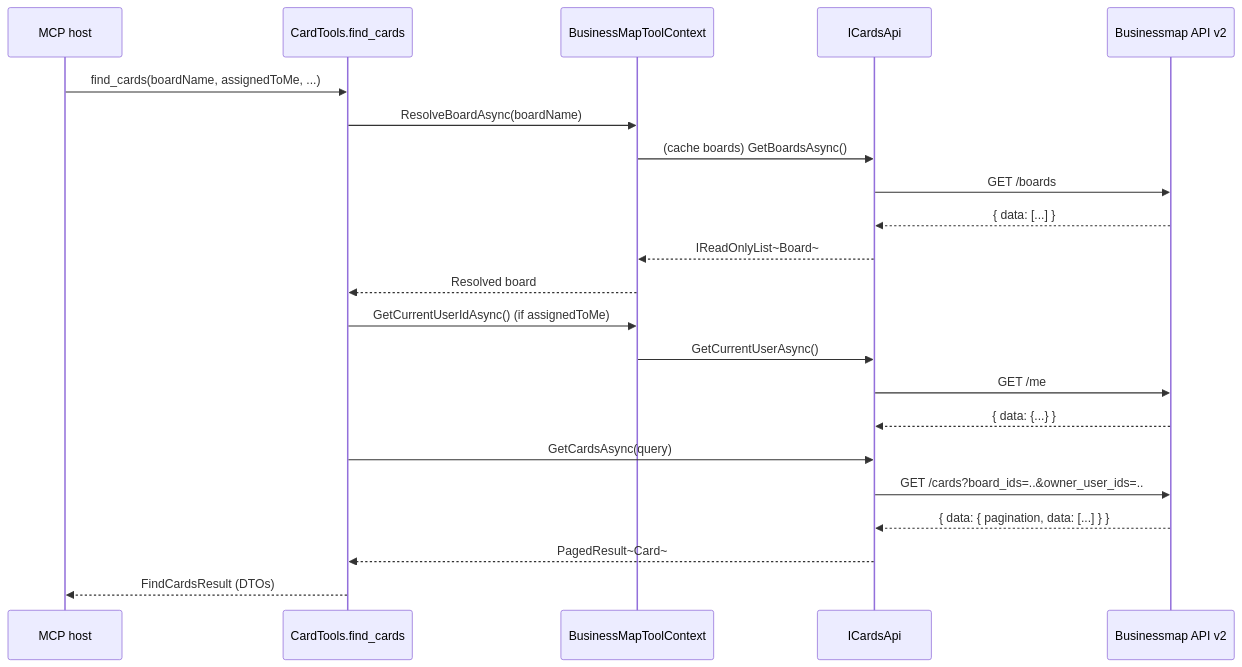
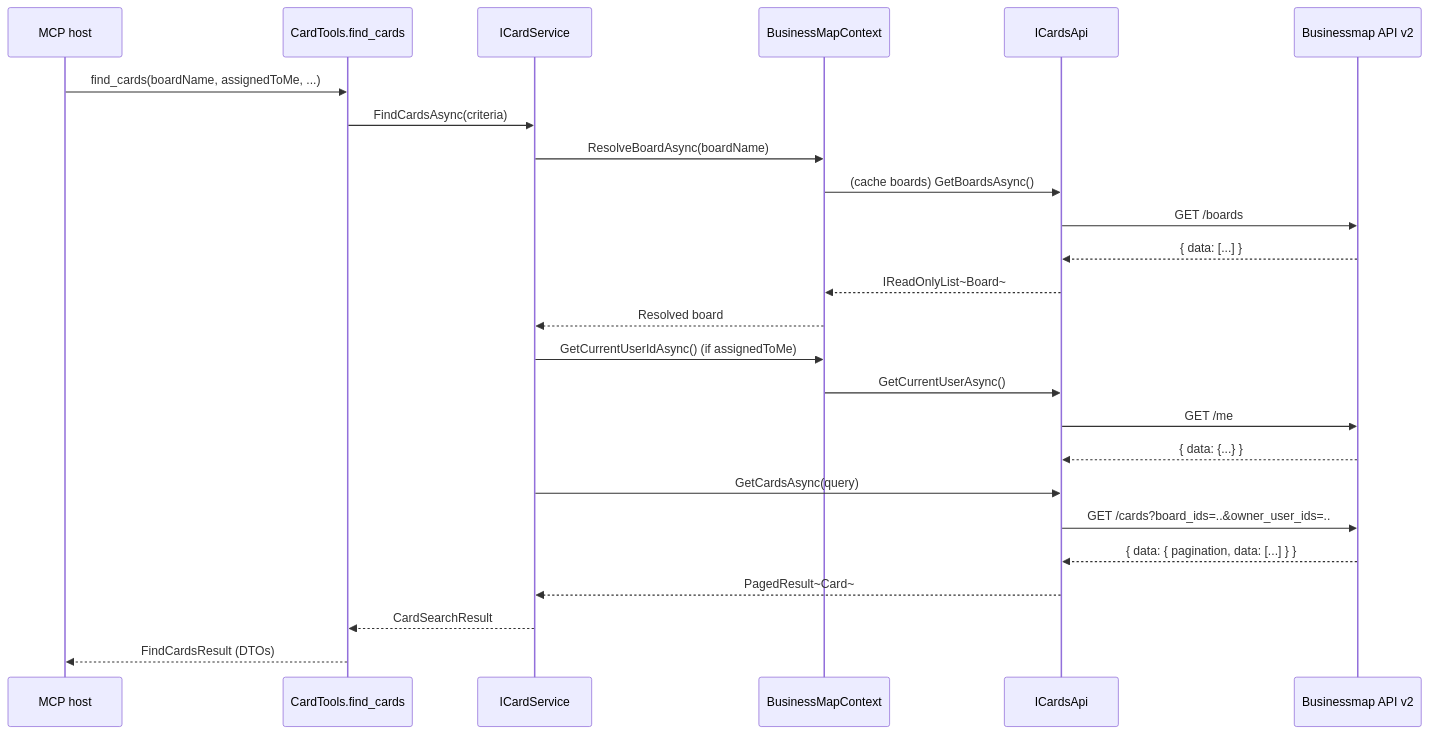
The fourth of 5 diagrams in README.md (dpuntos/Businessmap-MCP-Server), drawn with Mermaid before and after one commit. The commit also changed other lines of this file and 30 other files, not shown here.

````diff
--- a/README.md
+++ b/README.md
@@ -487,25 +521,28 @@
 ```mermaid
 sequenceDiagram
 	participant Host as MCP host
 	participant Tool as CardTools.find_cards
-	participant Ctx as BusinessMapToolContext
+	participant Svc as ICardService
+	participant Ctx as BusinessMapContext
 	participant Api as ICardsApi
 	participant BM as Businessmap API v2
 
 	Host->>Tool: find_cards(boardName, assignedToMe, ...)
-	Tool->>Ctx: ResolveBoardAsync(boardName)
+	Tool->>Svc: FindCardsAsync(criteria)
+	Svc->>Ctx: ResolveBoardAsync(boardName)
 	Ctx->>Api: (cache boards) GetBoardsAsync()
 	Api->>BM: GET /boards
 	BM-->>Api: { data: [...] }
 	Api-->>Ctx: IReadOnlyList~Board~
-	Ctx-->>Tool: Resolved board
-	Tool->>Ctx: GetCurrentUserIdAsync() (if assignedToMe)
+	Ctx-->>Svc: Resolved board
+	Svc->>Ctx: GetCurrentUserIdAsync() (if assignedToMe)
 	Ctx->>Api: GetCurrentUserAsync()
 	Api->>BM: GET /me
 	BM-->>Api: { data: {...} }
-	Tool->>Api: GetCardsAsync(query)
+	Svc->>Api: GetCardsAsync(query)
 	Api->>BM: GET /cards?board_ids=..&owner_user_ids=..
 	BM-->>Api: { data: { pagination, data: [...] } }
-	Api-->>Tool: PagedResult~Card~
+	Api-->>Svc: PagedResult~Card~
+	Svc-->>Tool: CardSearchResult
 	Tool-->>Host: FindCardsResult (DTOs)
 ```
````
